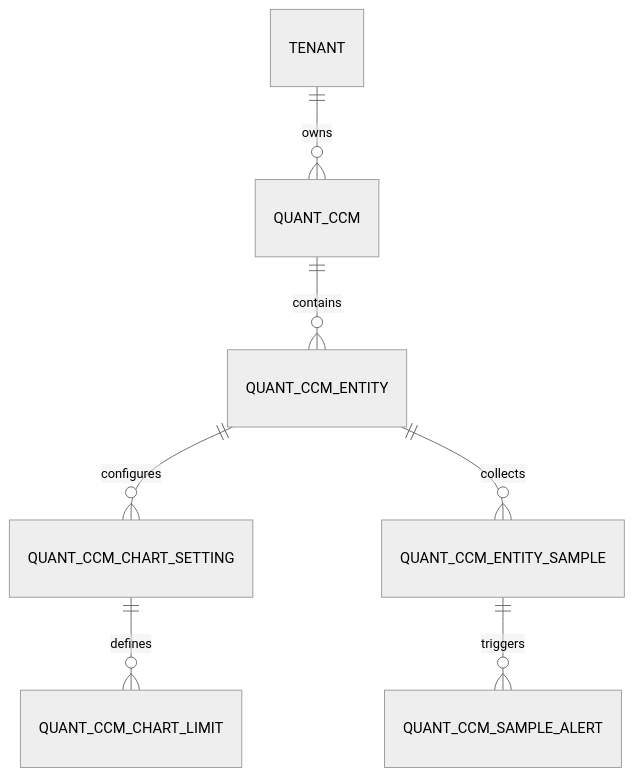
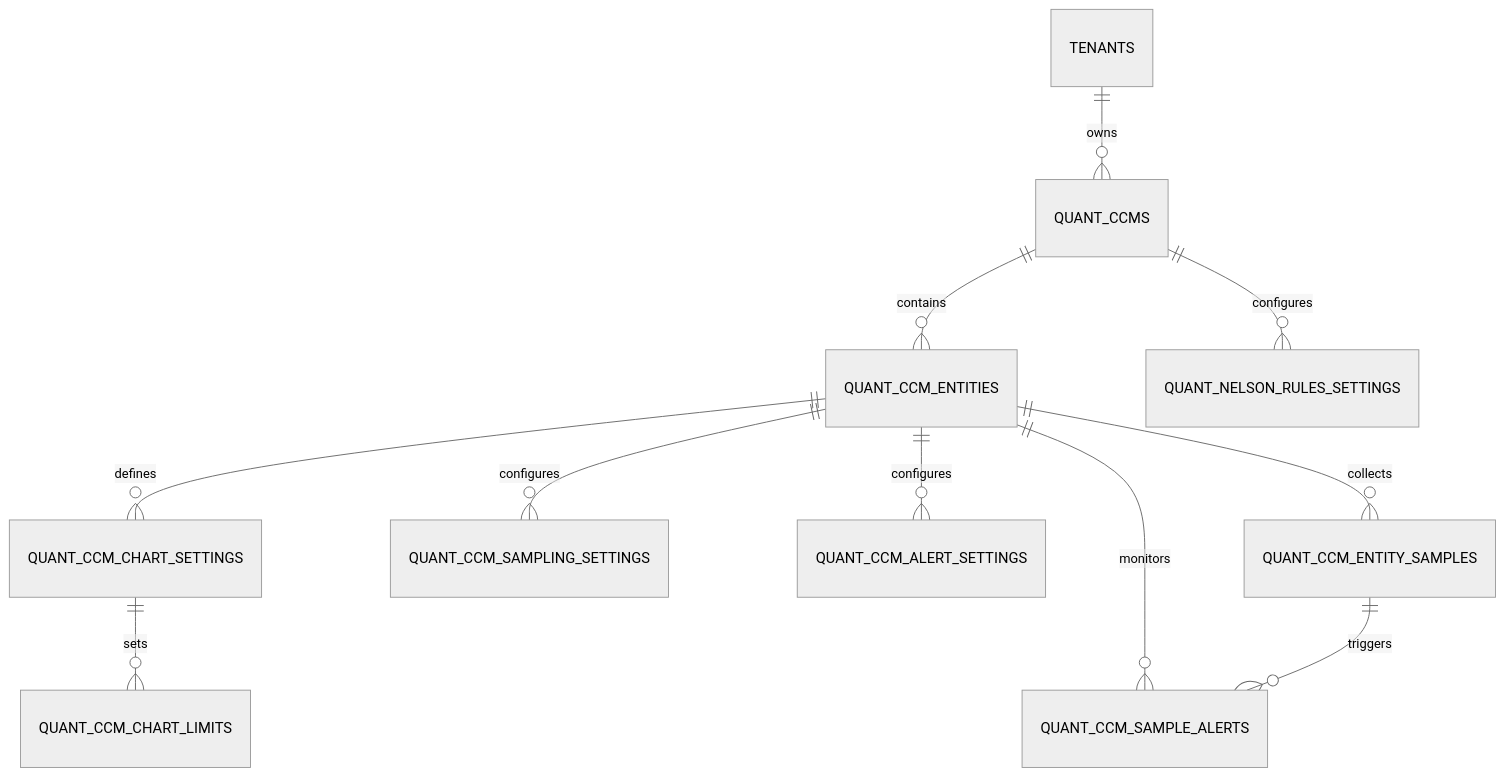
Before and after one commit to henry5720/work-docs: the diagram in docs/spc/07_ERD_實體關係圖.md, drawn with Mermaid (neutral theme). The commit also changed other lines of this file and 6 other files, not shown here.

Commit message:
docs(spc): 更新資料字典、資料流程圖、實體關係圖及 API 規格文件，增強內容的清晰度與準確性，並補充 JSON 格式定義，提升開發者使用體驗

````diff
--- a/docs/spc/07_ERD_實體關係圖.md
+++ b/docs/spc/07_ERD_實體關係圖.md
@@ -5,9 +7,15 @@
 ```mermaid
 erDiagram
-    TENANT ||--o{ QUANT_CCM : owns
-    QUANT_CCM ||--o{ QUANT_CCM_ENTITY : contains
-    QUANT_CCM_ENTITY ||--o{ QUANT_CCM_CHART_SETTING : configures
-    QUANT_CCM_ENTITY ||--o{ QUANT_CCM_ENTITY_SAMPLE : collects
-    QUANT_CCM_CHART_SETTING ||--o{ QUANT_CCM_CHART_LIMIT : defines
-    QUANT_CCM_ENTITY_SAMPLE ||--o{ QUANT_CCM_SAMPLE_ALERT : triggers
+    TENANTS ||--o{ QUANT_CCMS : owns
+    QUANT_CCMS ||--o{ QUANT_CCM_ENTITIES : contains
+    QUANT_CCMS ||--o{ QUANT_NELSON_RULES_SETTINGS : configures
+    
+    QUANT_CCM_ENTITIES ||--o{ QUANT_CCM_CHART_SETTINGS : defines
+    QUANT_CCM_ENTITIES ||--o{ QUANT_CCM_SAMPLING_SETTINGS : configures
+    QUANT_CCM_ENTITIES ||--o{ QUANT_CCM_ALERT_SETTINGS : configures
+    QUANT_CCM_ENTITIES ||--o{ QUANT_CCM_ENTITY_SAMPLES : collects
+    QUANT_CCM_ENTITIES ||--o{ QUANT_CCM_SAMPLE_ALERTS : monitors
+    
+    QUANT_CCM_CHART_SETTINGS ||--o{ QUANT_CCM_CHART_LIMITS : sets
+    QUANT_CCM_ENTITY_SAMPLES ||--o{ QUANT_CCM_SAMPLE_ALERTS : triggers
 ```
````
